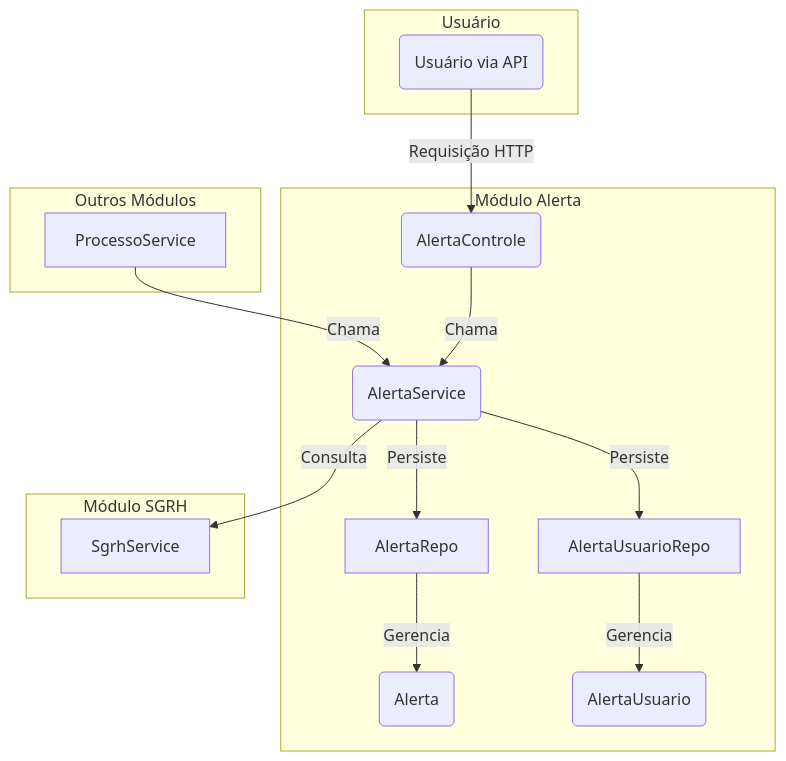
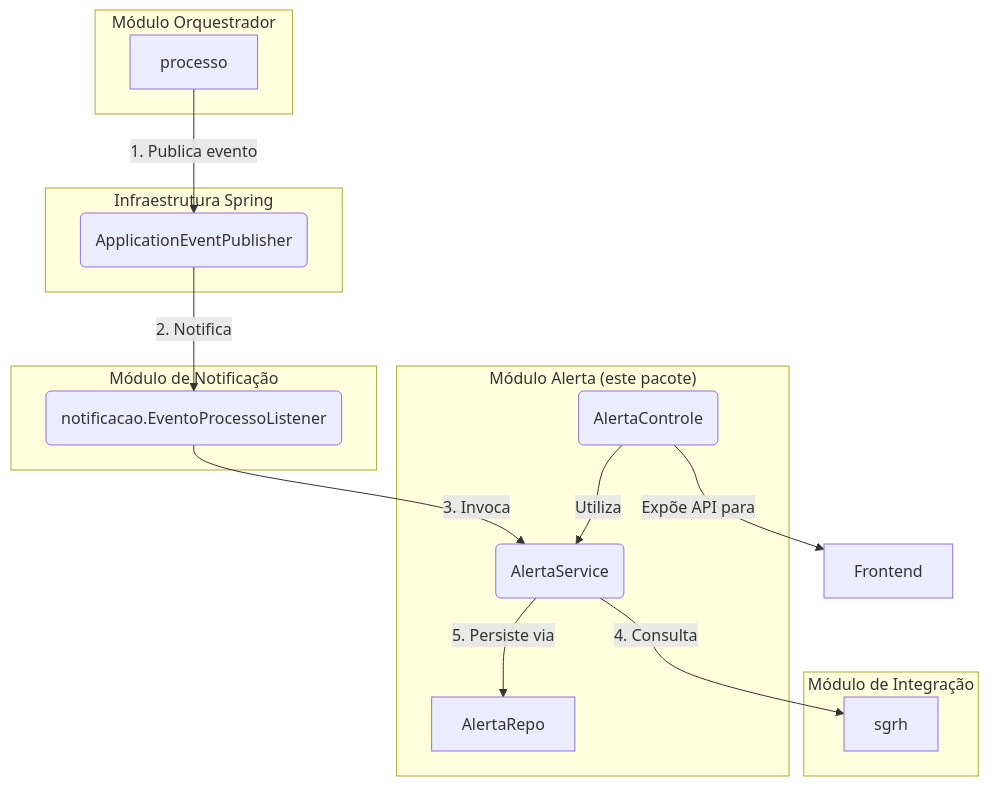
One commit to lgalvao/sgc changed the diagram in backend/src/main/java/sgc/alerta/README.md. Above: the diagram before and after it, drawn with Mermaid. The commit also changed other lines of this file and 603 other files, not shown here.

````diff
--- a/backend/src/main/java/sgc/alerta/README.md
+++ b/backend/src/main/java/sgc/alerta/README.md
@@ -45,32 +11,33 @@
 ```mermaid
 graph TD
-    subgraph "Outros Módulos"
-        A[ProcessoService]
+    subgraph "Módulo Orquestrador"
+        P[processo]
     end
 
-    subgraph "Módulo Alerta"
-        B(AlertaService)
-        C(AlertaControle)
-        D[AlertaRepo]
-        E[AlertaUsuarioRepo]
-        F(Alerta)
-        G(AlertaUsuario)
+    subgraph "Infraestrutura Spring"
+        EventBus(ApplicationEventPublisher)
     end
 
-    subgraph "Módulo SGRH"
-        H[SgrhService]
+    subgraph "Módulo de Notificação"
+        Listener(notificacao.EventoProcessoListener)
     end
 
-    subgraph "Usuário"
-        U(Usuário via API)
+    subgraph "Módulo Alerta (este pacote)"
+        Service(AlertaService)
+        Controle(AlertaControle)
+        Repo[AlertaRepo]
     end
 
-    A -- Chama --> B
-    B -- Consulta --> H
-    B -- Persiste --> D
-    B -- Persiste --> E
-    D -- Gerencia --> F
-    E -- Gerencia --> G
-    U -- Requisição HTTP --> C
-    C -- Chama --> B
+    subgraph "Módulo de Integração"
+        SGRH[sgrh]
+    end
+
+    P -- 1. Publica evento --> EventBus
+    EventBus -- 2. Notifica --> Listener
+    Listener -- 3. Invoca --> Service
+    Service -- 4. Consulta --> SGRH
+    Service -- 5. Persiste via --> Repo
+
+    Controle -- Expõe API para --> Frontend
+    Controle -- Utiliza --> Service
 ```
````
